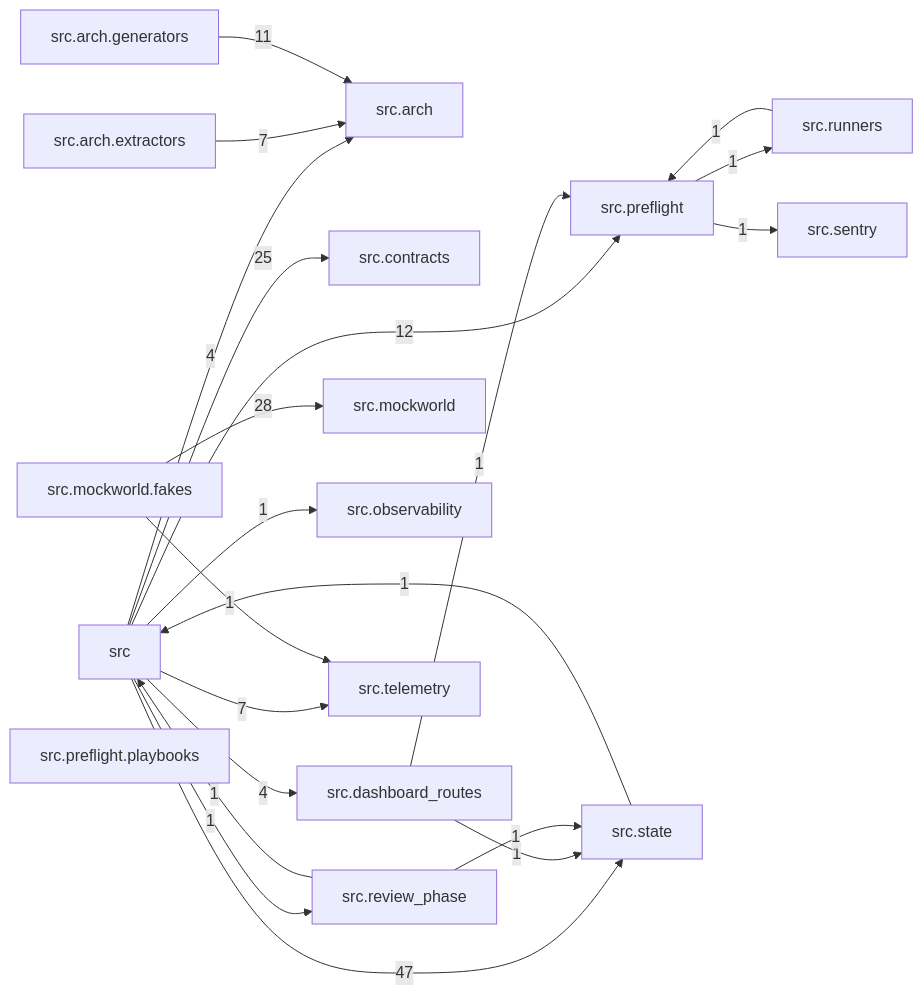
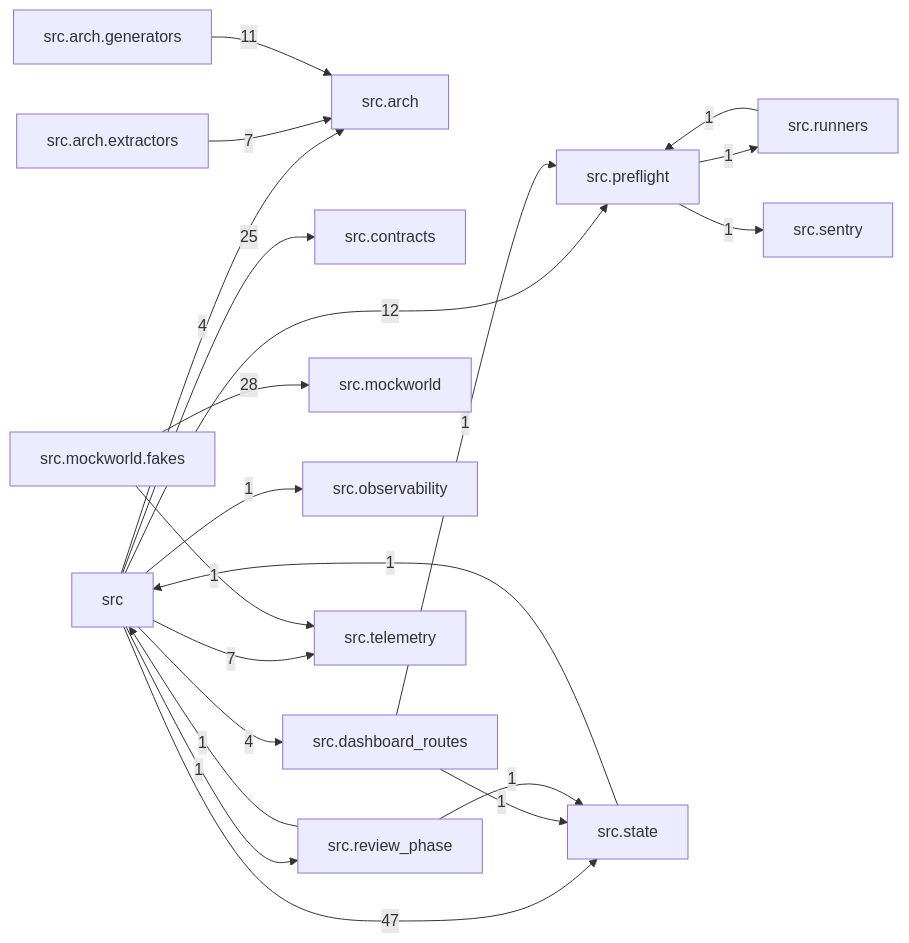
Before and after one commit to T-rav/hydraflow: the diagram in docs/arch/generated/modules.md, drawn with Mermaid. The commit also changed other lines of this file and 18 other files, not shown here.

````diff
--- a/docs/arch/generated/modules.md
+++ b/docs/arch/generated/modules.md
@@ -7,39 +7,38 @@
 ```mermaid
 graph LR
     src["src"]
     src_arch["src.arch"]
     src_arch_extractors["src.arch.extractors"]
     src_arch_generators["src.arch.generators"]
     src_contracts["src.contracts"]
     src_dashboard_routes["src.dashboard_routes"]
     src_mockworld["src.mockworld"]
     src_mockworld_fakes["src.mockworld.fakes"]
     src_observability["src.observability"]
     src_preflight["src.preflight"]
-    src_preflight_playbooks["src.preflight.playbooks"]
     src_review_phase["src.review_phase"]
     src_runners["src.runners"]
     src_sentry["src.sentry"]
     src_state["src.state"]
     src_telemetry["src.telemetry"]
     src -- "4" --> src_arch
     src -- "25" --> src_contracts
     src -- "4" --> src_dashboard_routes
     src -- "1" --> src_observability
     src -- "12" --> src_preflight
     src -- "1" --> src_review_phase
     src -- "47" --> src_state
     src -- "7" --> src_telemetry
     src_arch_extractors -- "7" --> src_arch
     src_arch_generators -- "11" --> src_arch
     src_dashboard_routes -- "1" --> src_preflight
     src_dashboard_routes -- "1" --> src_state
     src_mockworld_fakes -- "28" --> src_mockworld
     src_mockworld_fakes -- "1" --> src_telemetry
     src_preflight -- "1" --> src_runners
     src_preflight -- "1" --> src_sentry
     src_review_phase -- "1" --> src
     src_review_phase -- "1" --> src_state
     src_runners -- "1" --> src_preflight
     src_state -- "1" --> src
 ```
````
